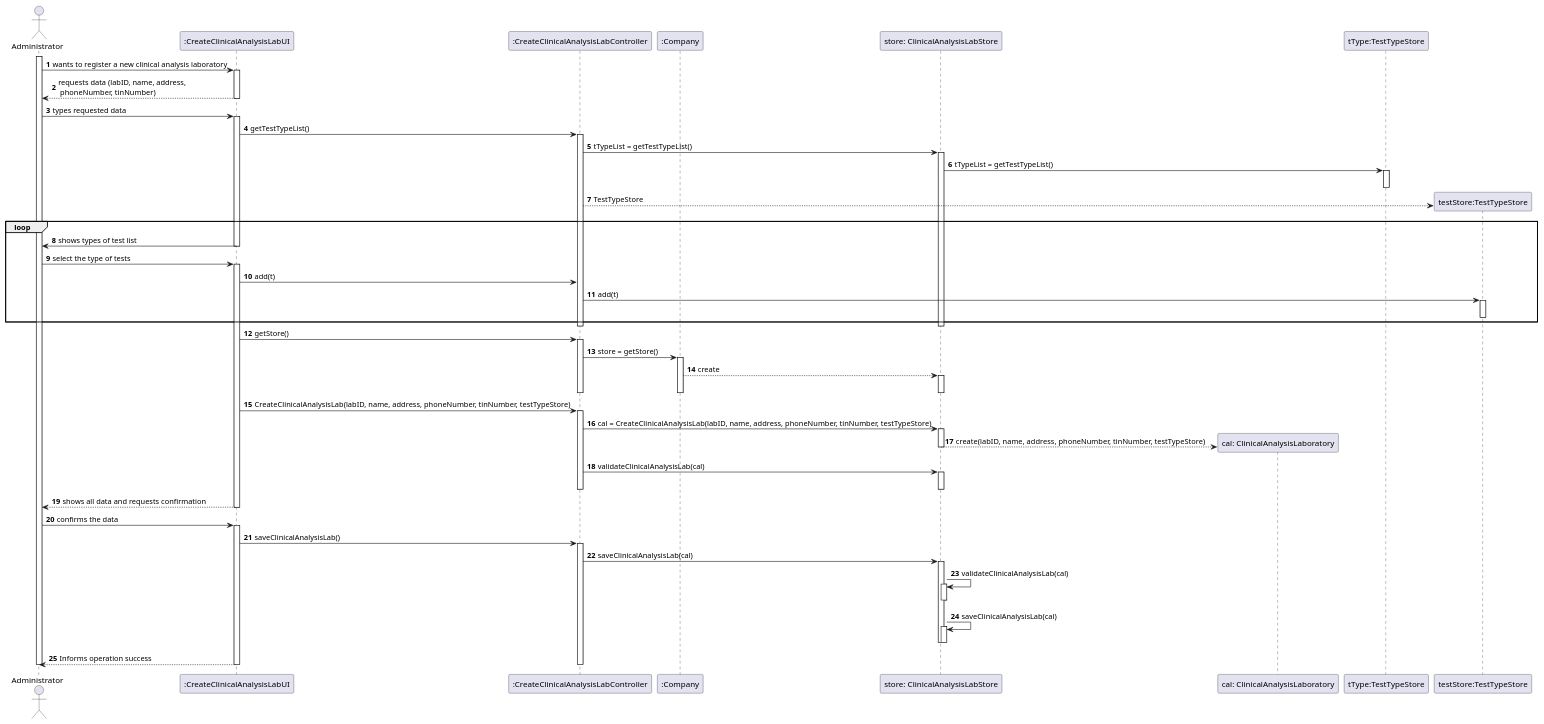
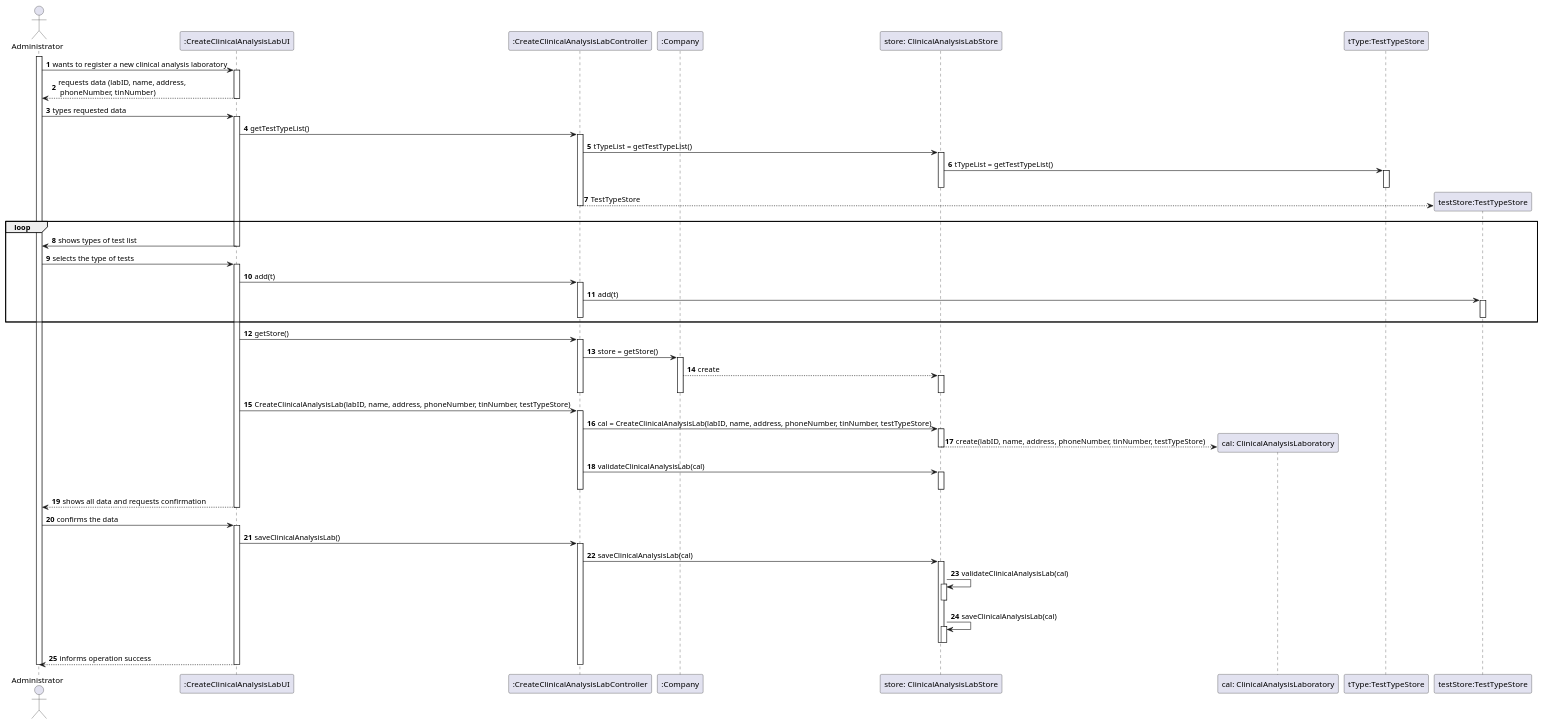
One commit to MarianaCLages/LAPR2 changed the diagram in docs/SprintB/US08/US8_SD.puml. Above: the diagram before and after it, drawn with PlantUML. The commit also changed 9 other files, not shown here.

```diff
--- a/docs/SprintB/US08/US8_SD.puml
+++ b/docs/SprintB/US08/US8_SD.puml
@@ -1,85 +1,89 @@
 @startuml
 'https://plantuml.com/sequence-diagram
 autonumber
 actor Administrator as A
 participant ":CreateClinicalAnalysisLabUI" as UI
 participant ":CreateClinicalAnalysisLabController" as CTRL
 participant ":Company" as C
 participant "store: ClinicalAnalysisLabStore" as STO
 participant "cal: ClinicalAnalysisLaboratory" as CAL
 participant "tType:TestTypeStore" as TT
 participant "testStore:TestTypeStore" as TT1
 
 activate A
 A -> UI: wants to register a new clinical analysis laboratory
 activate UI
 UI --> A: requests data (labID, name, address,\n phoneNumber, tinNumber)
 deactivate UI
 A -> UI: types requested data
 activate UI
 UI -> CTRL: getTestTypeList()
 activate CTRL
 CTRL -> STO : tTypeList = getTestTypeList()
 activate STO
 STO->TT: tTypeList = getTestTypeList()
 activate TT
 deactivate TT
+deactivate STO
 CTRL --> TT1 **: TestTypeStore
+deactivate CTRL
 loop
 UI -> A: shows types of test list
 deactivate UI
-A -> UI: select the type of tests
+A -> UI: selects the type of tests
 activate UI
 UI -> CTRL: add(t)
+activate CTRL
 CTRL -> TT1: add(t)
 activate TT1
 deactivate TT1
+deactivate CTRL
 end
 deactivate STO
 deactivate CTRL
 UI -> CTRL : getStore()
 activate CTRL
 CTRL -> C: store = getStore()
 activate C
 C --> STO: create
 activate STO
 deactivate STO
 deactivate C
 deactivate CTRL
 
 UI -> CTRL : CreateClinicalAnalysisLab(labID, name, address, phoneNumber, tinNumber, testTypeStore)
 activate CTRL
 CTRL -> STO: cal = CreateClinicalAnalysisLab(labID, name, address, phoneNumber, tinNumber, testTypeStore)
 activate STO
 STO --> CAL** : create(labID, name, address, phoneNumber, tinNumber, testTypeStore)
 
 deactivate STO
 CTRL -> STO: validateClinicalAnalysisLab(cal)
 activate STO
 deactivate STO
 deactivate CTRL
 
 deactivate C
 deactivate CTRL
 
 UI --> A: shows all data and requests confirmation
 deactivate CTRL
 deactivate UI
 A -> UI: confirms the data
 activate UI
 UI-> CTRL : saveClinicalAnalysisLab()
 activate CTRL
 CTRL -> STO: saveClinicalAnalysisLab(cal)
 activate STO
 STO -> STO : validateClinicalAnalysisLab(cal)
 activate STO
 deactivate STO
 STO -> STO : saveClinicalAnalysisLab(cal)
 activate STO
 deactivate STO
 deactivate STO
-UI --> A : Informs operation success
+UI --> A : informs operation success
 deactivate CTRL
 deactivate UI
 deactivate A
 @enduml
```
